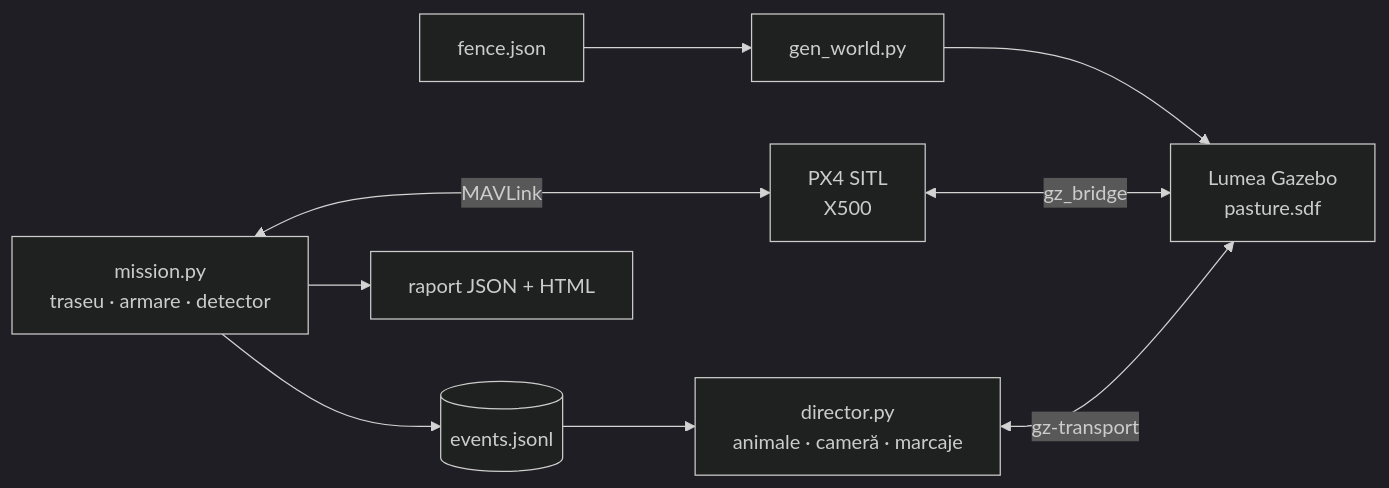
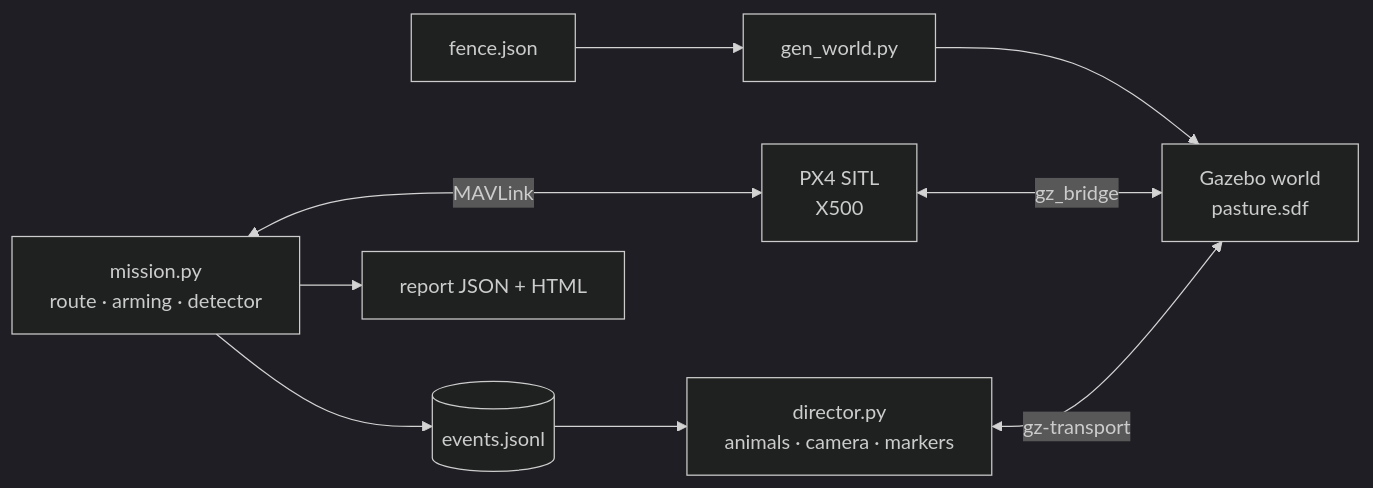
The diagram in README.md (CosminBMemetea/querra-fence), drawn with Mermaid (dark theme) before and after one commit. The commit also changed other lines of this file and 20 other files, not shown here.

````diff
--- a/README.md
+++ b/README.md
@@ -93,11 +92,11 @@
 ```mermaid
 flowchart LR
   cfg[fence.json] --> gen[gen_world.py]
-  gen --> world[Lumea Gazebo<br/>pasture.sdf]
+  gen --> world[Gazebo world<br/>pasture.sdf]
   px4[PX4 SITL<br/>X500] <-->|gz_bridge| world
-  mission[mission.py<br/>traseu · armare · detector] <-->|MAVLink| px4
+  mission[mission.py<br/>route · arming · detector] <-->|MAVLink| px4
   mission --> events[(events.jsonl)]
-  events --> director[director.py<br/>animale · cameră · marcaje]
+  events --> director[director.py<br/>animals · camera · markers]
   director <-->|gz-transport| world
-  mission --> report[raport JSON + HTML]
+  mission --> report[report JSON + HTML]
 ```
````
